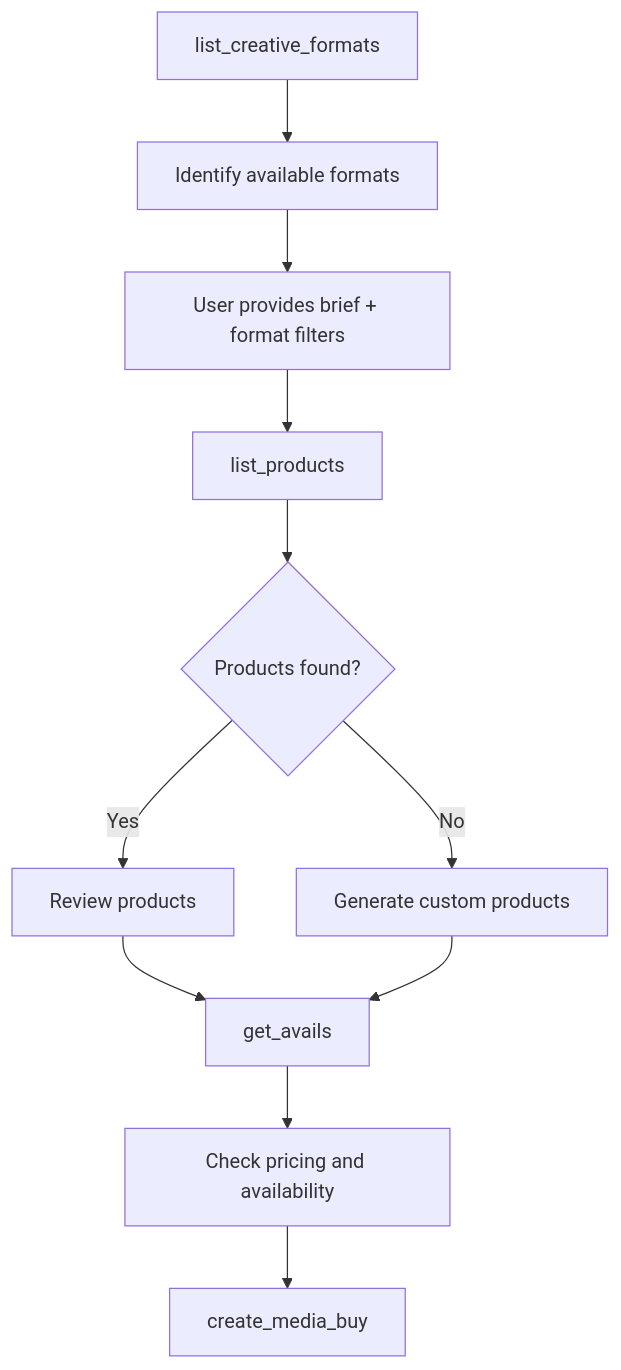
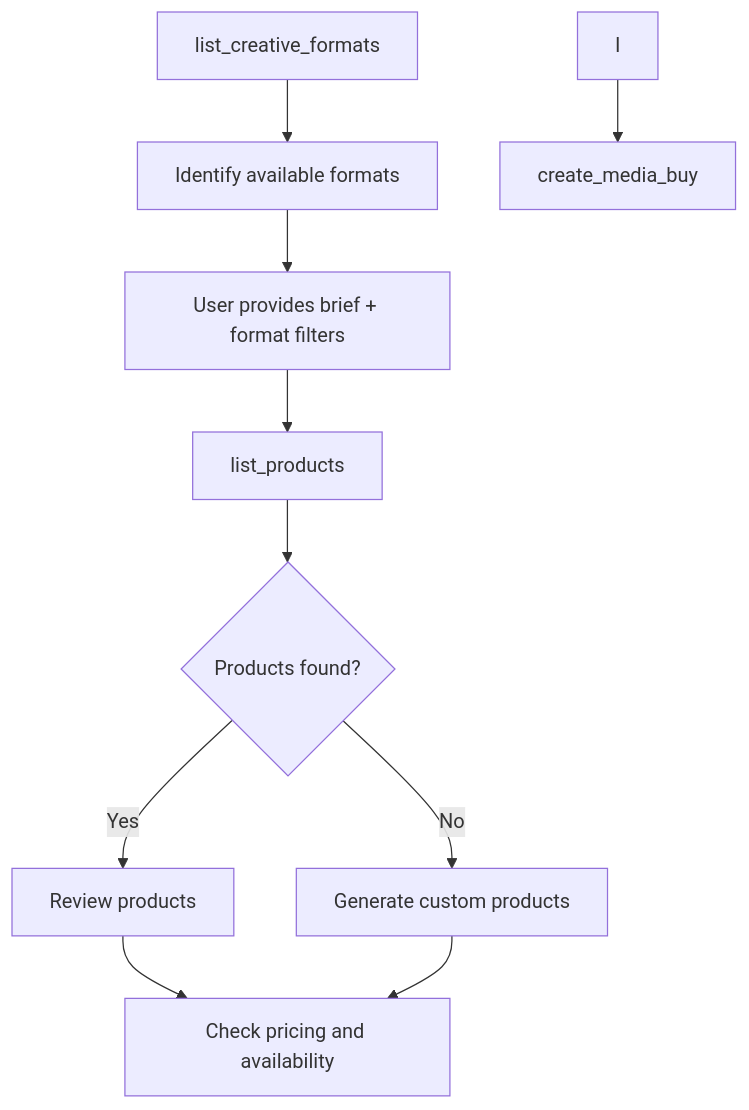
Before and after one commit to adcontextprotocol/adcp: the diagram in docs/media-buy/product-discovery.md, drawn with Mermaid. The commit also changed other lines of this file and 2 other files, not shown here.

First line of the commit message:
fix: remove targeting_template, implementation_config, and get_avails references

````diff
--- a/docs/media-buy/product-discovery.md
+++ b/docs/media-buy/product-discovery.md
@@ -217,13 +202,12 @@
 ```mermaid
 graph TD
     A[list_creative_formats] --> B[Identify available formats]
     B --> C[User provides brief + format filters]
     C --> D[list_products]
     D --> E{Products found?}
     E -->|Yes| F[Review products]
     E -->|No| G[Generate custom products]
-    F --> H[get_avails]
+    F --> H[Check pricing and availability]
     G --> H
-    H --> I[Check pricing and availability]
     I --> J[create_media_buy]
 ```
````
